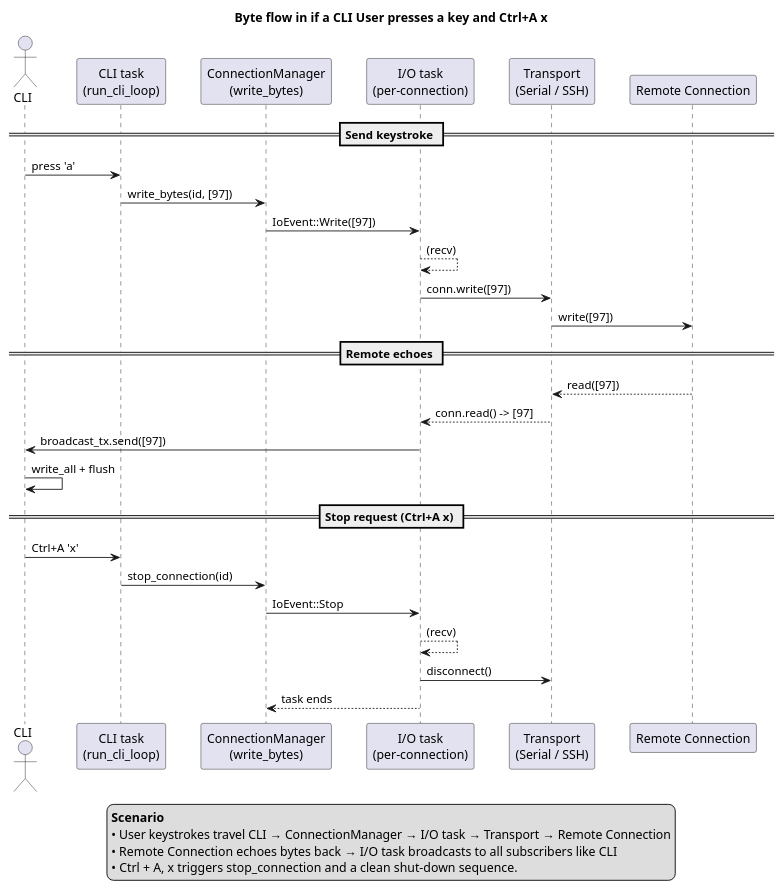
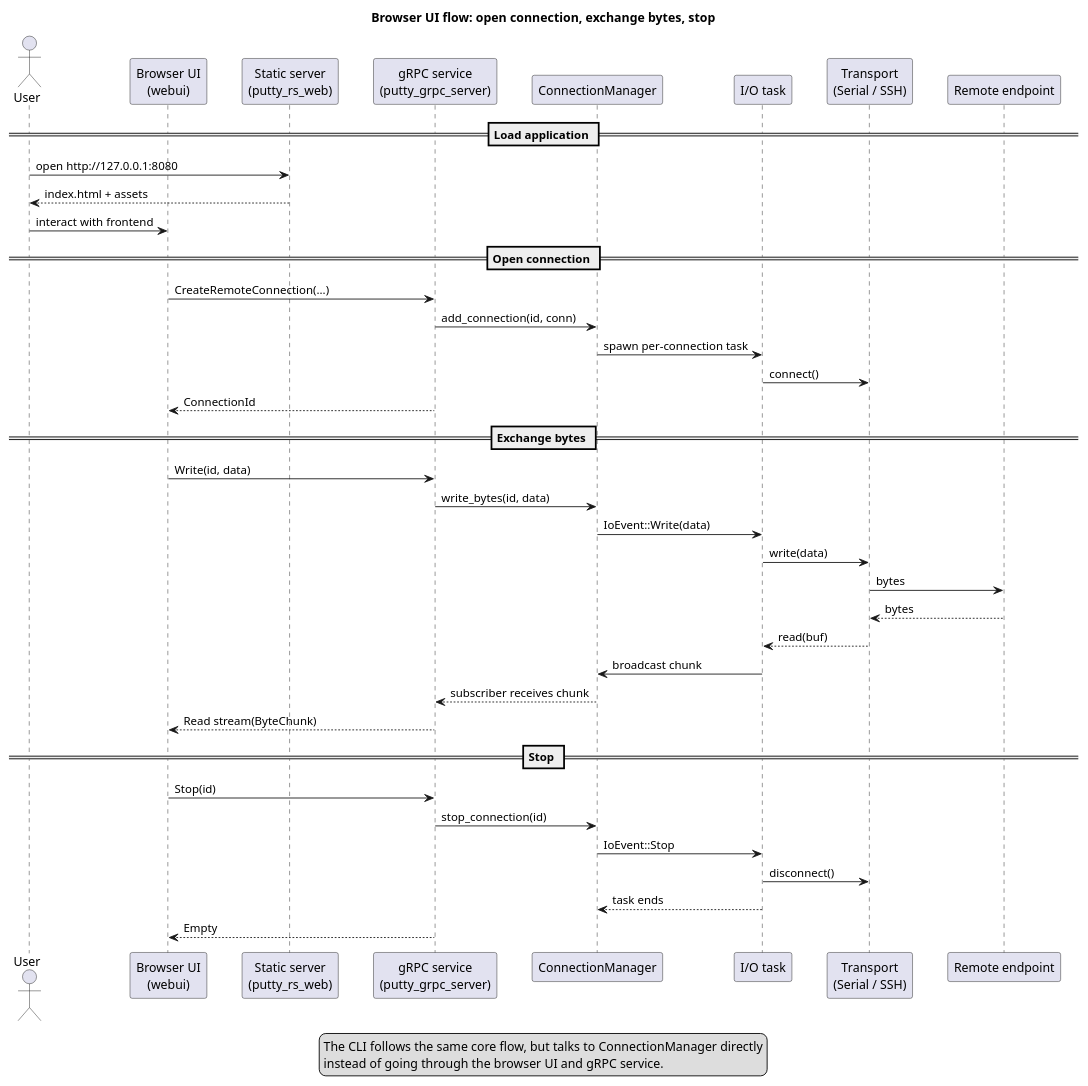
The diagram in docs/puml/message_sequence.puml (simon-rechermann/putty_rs_async), drawn with PlantUML before and after one commit. The commit also changed 6 other files, not shown here.

```diff
--- a/docs/puml/message_sequence.puml
+++ b/docs/puml/message_sequence.puml
@@ -1,40 +1,52 @@
-@startuml Byte_Flow
-title Byte flow in if a CLI User presses a key and Ctrl+A x
+@startuml WebUi_Connection_Flow
+title Browser UI flow: open connection, exchange bytes, stop
 
 skinparam participantPadding 15
-actor CLI            as U
-participant "CLI task\n(run_cli_loop)"          as CLI
-participant "ConnectionManager\n(write_bytes)" as CM
-participant "I/O task\n(per‑connection)"       as IO
-participant "Transport\n(Serial / SSH)"        as TR
-participant "Remote Connection"                      as REM
 
-== Send keystroke ==
-U  -> CLI   : press 'a'
-CLI -> CM   : write_bytes(id, [97])
-CM  -> IO : IoEvent::Write([97])
-IO --> IO : (recv)
-IO  -> TR   : conn.write([97])
-TR  -> REM   : write([97])
+actor User
+participant "Browser UI\n(webui)" as UI
+participant "Static server\n(putty_rs_web)" as HTTP
+participant "gRPC service\n(putty_grpc_server)" as GRPC
+participant "ConnectionManager" as CM
+participant "I/O task" as IO
+participant "Transport\n(Serial / SSH)" as TR
+participant "Remote endpoint" as REMOTE
 
-== Remote echoes ==
-REM --> TR  : read([97])
-TR --> IO   : conn.read() -> [97]
-IO  -> U : broadcast_tx.send([97])
-U  -> U   : write_all + flush
+== Load application ==
+User -> HTTP : open http://127.0.0.1:8080
+HTTP --> User : index.html + assets
+User -> UI : interact with frontend
 
-== Stop request (Ctrl+A x) ==
-U  -> CLI   : Ctrl+A 'x'
-CLI -> CM   : stop_connection(id)
-CM  -> IO : IoEvent::Stop
-IO --> IO : (recv)
-IO  -> TR   : disconnect()
-IO  --> CM  : task ends
+== Open connection ==
+UI -> GRPC : CreateRemoteConnection(...)
+GRPC -> CM : add_connection(id, conn)
+CM -> IO : spawn per-connection task
+IO -> TR : connect()
+GRPC --> UI : ConnectionId
+
+== Exchange bytes ==
+UI -> GRPC : Write(id, data)
+GRPC -> CM : write_bytes(id, data)
+CM -> IO : IoEvent::Write(data)
+IO -> TR : write(data)
+TR -> REMOTE : bytes
+
+REMOTE --> TR : bytes
+TR --> IO : read(buf)
+IO -> CM : broadcast chunk
+CM --> GRPC : subscriber receives chunk
+GRPC --> UI : Read stream(ByteChunk)
+
+== Stop ==
+UI -> GRPC : Stop(id)
+GRPC -> CM : stop_connection(id)
+CM -> IO : IoEvent::Stop
+IO -> TR : disconnect()
+IO --> CM : task ends
+GRPC --> UI : Empty
 
 legend bottom
-  **Scenario**
-  • User keystrokes travel CLI → ConnectionManager → I/O task → Transport → Remote Connection
-  • Remote Connection echoes bytes back → I/O task broadcasts to all subscribers like CLI 
-  • Ctrl + A, x triggers stop_connection and a clean shut-down sequence.
+  The CLI follows the same core flow, but talks to ConnectionManager directly
+  instead of going through the browser UI and gRPC service.
 endlegend
 @enduml
```
